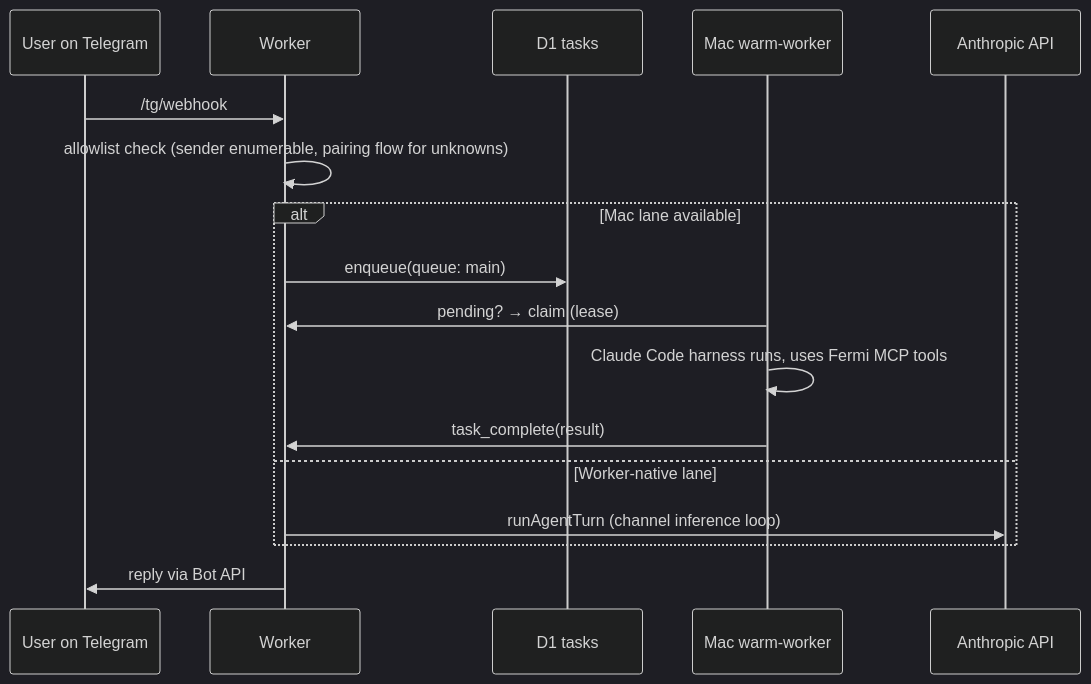
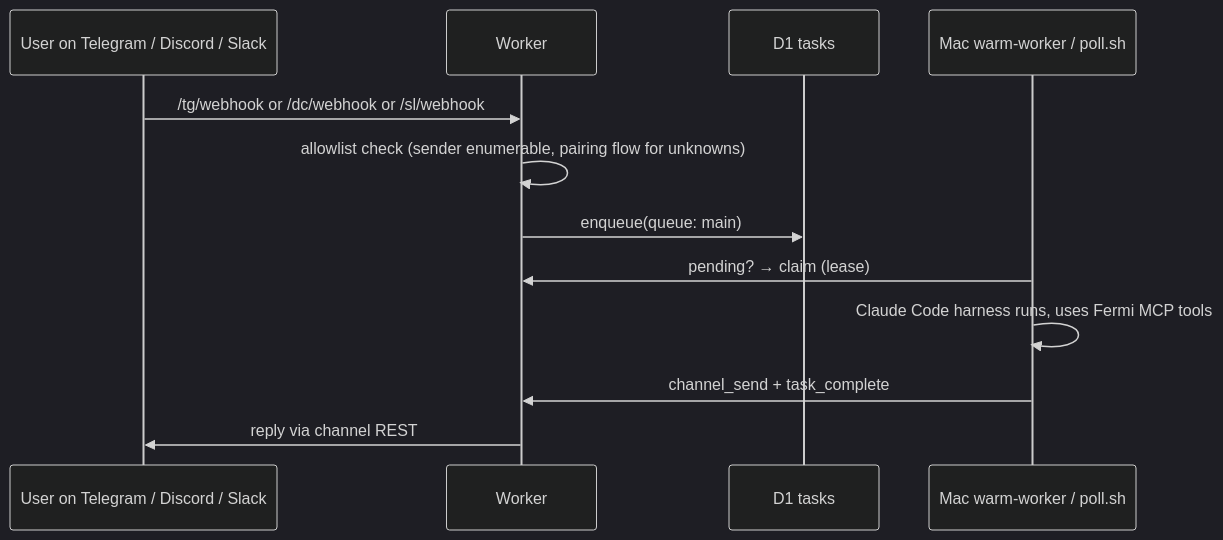
The second of 8 diagrams in docs-site/architecture/data-flows.md (abel30567/fermi-mcp), drawn with Mermaid (dark theme) before and after one commit. The commit also changed 31 other files, not shown here.

Commit message:
Add Slack Socket Mode gateway channel beside Discord.

````diff
--- a/docs-site/architecture/data-flows.md
+++ b/docs-site/architecture/data-flows.md
@@ -27,19 +27,14 @@
 ```mermaid
 sequenceDiagram
-    participant U as User on Telegram
+    participant U as User on Telegram / Discord / Slack
     participant W as Worker
     participant D1 as D1 tasks
-    participant M as Mac warm-worker
-    participant A as Anthropic API
-    U->>W: /tg/webhook
+    participant M as Mac warm-worker / poll.sh
+    U->>W: /tg/webhook or /dc/webhook or /sl/webhook
     W->>W: allowlist check (sender enumerable, pairing flow for unknowns)
-    alt Mac lane available
-        W->>D1: enqueue(queue: main)
-        M->>W: pending? → claim (lease)
-        M->>M: Claude Code harness runs, uses Fermi MCP tools
-        M->>W: task_complete(result)
-    else Worker-native lane
-        W->>A: runAgentTurn (channel inference loop)
-    end
-    W->>U: reply via Bot API
+    W->>D1: enqueue(queue: main)
+    M->>W: pending? → claim (lease)
+    M->>M: Claude Code harness runs, uses Fermi MCP tools
+    M->>W: channel_send + task_complete
+    W->>U: reply via channel REST
 ```
````
